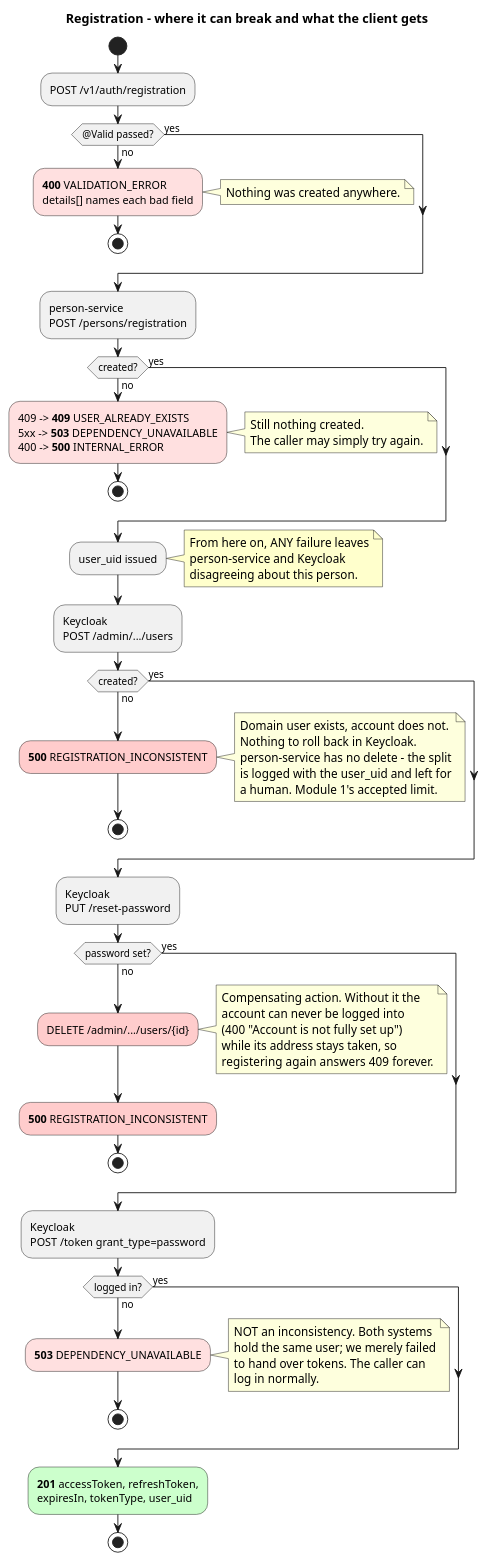
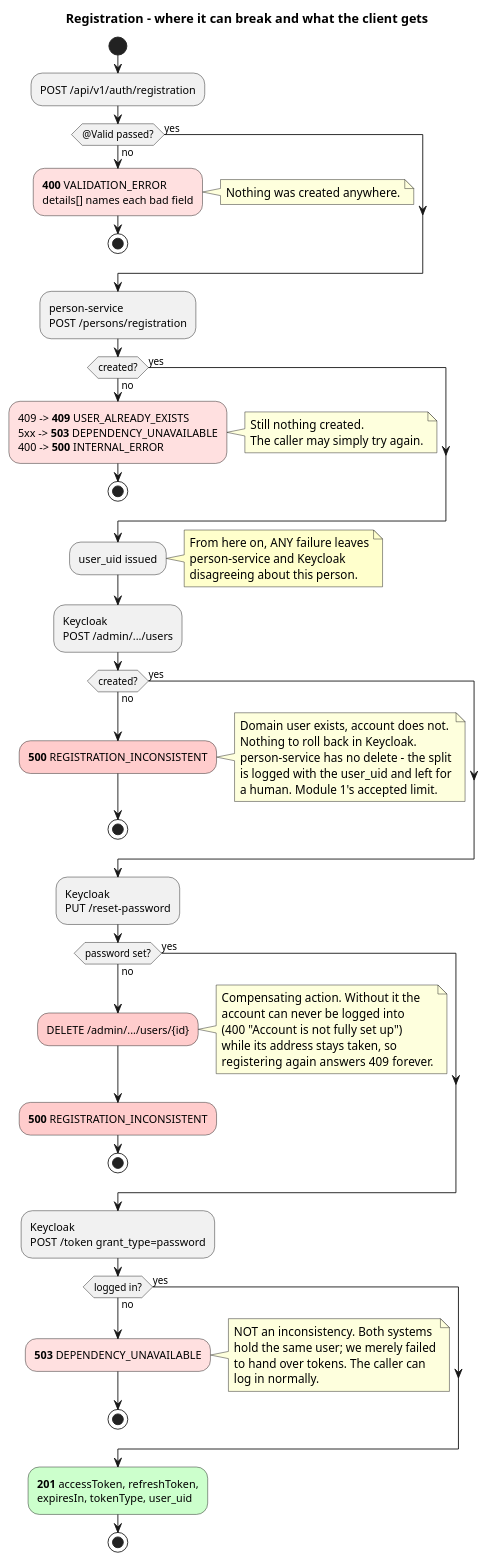
One commit to dezxxx/payment-platform changed the fourth of 4 diagrams in docs/gateway-flow.puml. Above: the diagram before and after it, drawn with PlantUML. The commit also changed other lines of this file and 7 other files, not shown here.

```diff
--- a/docs/gateway-flow.puml
+++ b/docs/gateway-flow.puml
@@ -252,88 +252,88 @@
 @startuml gateway-failures
 title Registration - where it can break and what the client gets
 
 skinparam shadowing false
 
 start
 
-:POST /v1/auth/registration;
+:POST /api/v1/auth/registration;
 
 if (@Valid passed?) then (no)
   #FFE0E0:**400** VALIDATION_ERROR
   details[] names each bad field;
   note right: Nothing was created anywhere.
   stop
 else (yes)
 endif
 
 :person-service\nPOST /persons/registration;
 
 if (created?) then (no)
   #FFE0E0:409 -> **409** USER_ALREADY_EXISTS
   5xx -> **503** DEPENDENCY_UNAVAILABLE
   400 -> **500** INTERNAL_ERROR;
   note right
     Still nothing created.
     The caller may simply try again.
   end note
   stop
 else (yes)
 endif
 
 :user_uid issued;
 note right #FFFFCC
   From here on, ANY failure leaves
   person-service and Keycloak
   disagreeing about this person.
 end note
 
 :Keycloak\nPOST /admin/.../users;
 
 if (created?) then (no)
   #FFCCCC:**500** REGISTRATION_INCONSISTENT;
   note right
     Domain user exists, account does not.
     Nothing to roll back in Keycloak.
     person-service has no delete - the split
     is logged with the user_uid and left for
     a human. Module 1's accepted limit.
   end note
   stop
 else (yes)
 endif
 
 :Keycloak\nPUT /reset-password;
 
 if (password set?) then (no)
   #FFCCCC:DELETE /admin/.../users/{id};
   note right
     Compensating action. Without it the
     account can never be logged into
     (400 "Account is not fully set up")
     while its address stays taken, so
     registering again answers 409 forever.
   end note
   #FFCCCC:**500** REGISTRATION_INCONSISTENT;
   stop
 else (yes)
 endif
 
 :Keycloak\nPOST /token grant_type=password;
 
 if (logged in?) then (no)
   #FFE0E0:**503** DEPENDENCY_UNAVAILABLE;
   note right
     NOT an inconsistency. Both systems
     hold the same user; we merely failed
     to hand over tokens. The caller can
     log in normally.
   end note
   stop
 else (yes)
 endif
 
 #CCFFCC:**201** accessToken, refreshToken,
 expiresIn, tokenType, user_uid;
 stop
 
 @enduml
```
